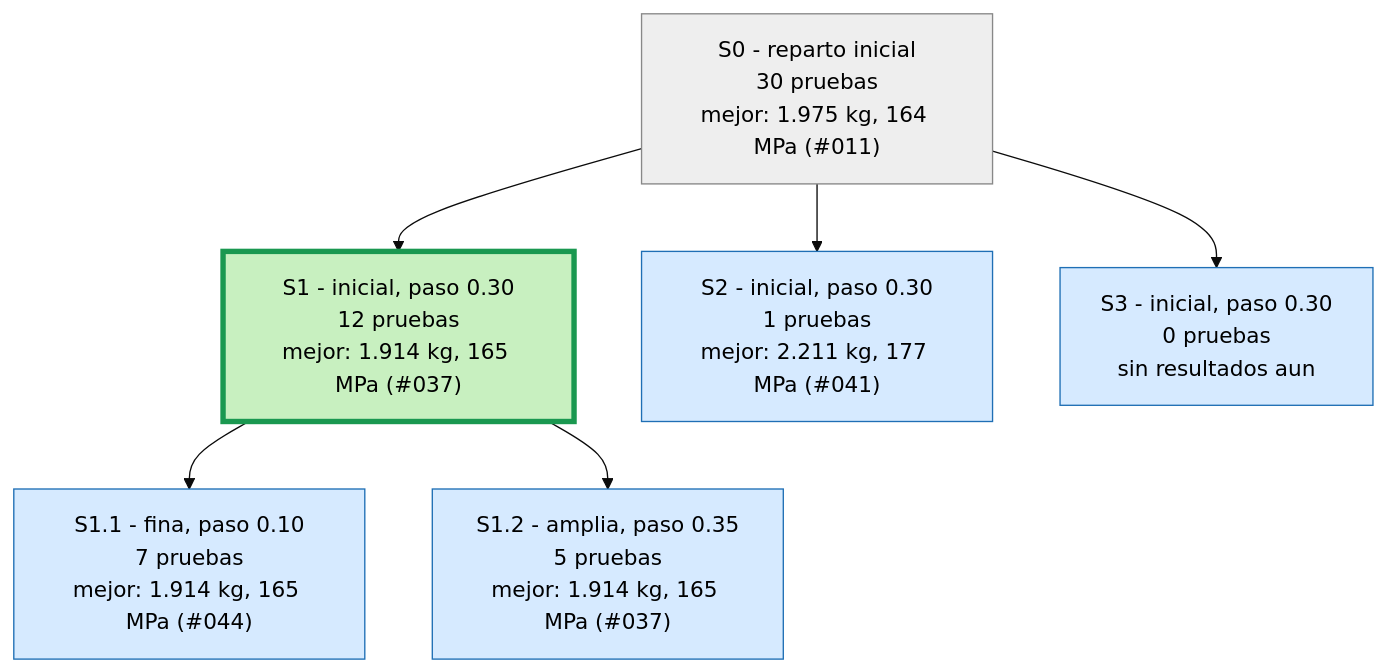
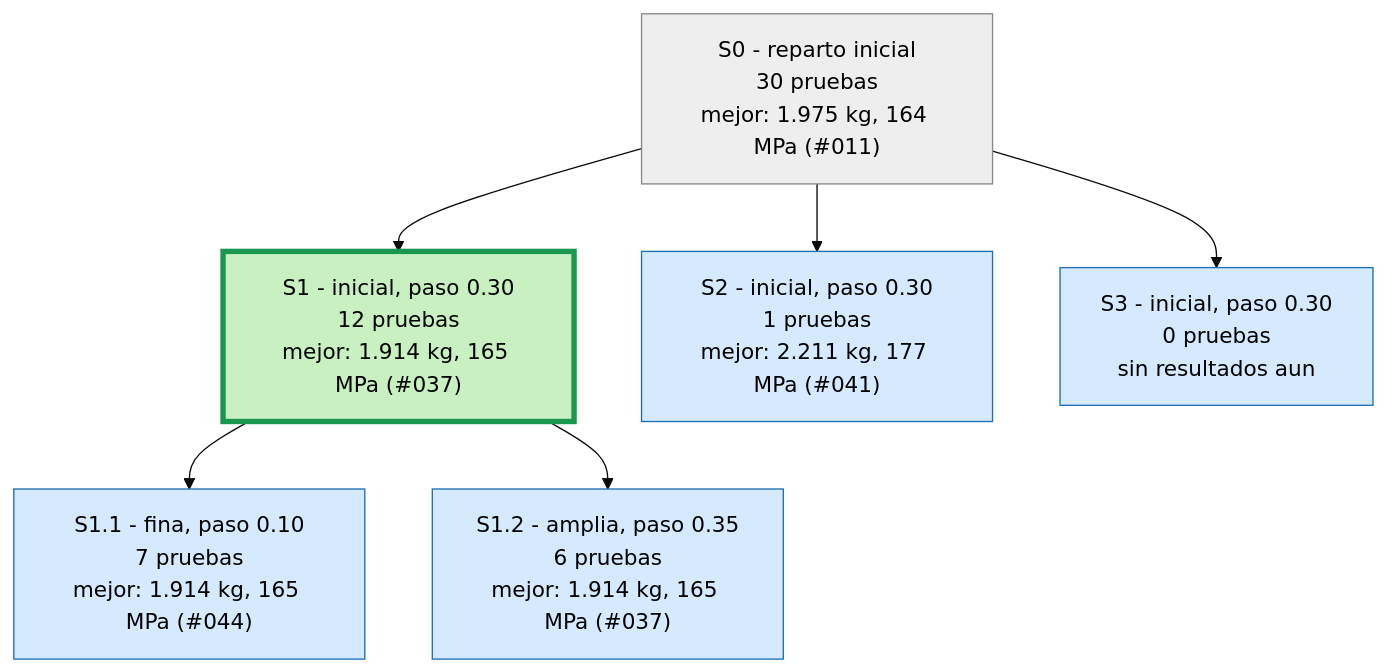
The first of 4 diagrams in runs/opt_37800N/ARBOL.md (Hugiko/msd-soporte-optimizacion), drawn with Mermaid (base theme) before and after one commit. The commit also changed 14 other files, not shown here.

````diff
--- a/runs/opt_37800N/ARBOL.md
+++ b/runs/opt_37800N/ARBOL.md
@@ -9,17 +9,17 @@
 ```mermaid
 graph TD
 classDef activa fill:#d6eaff,stroke:#1f6fb5,color:#000
 classDef fin fill:#eeeeee,stroke:#888,color:#000
 classDef mejor fill:#c8f0c0,stroke:#1a9850,stroke-width:4px,color:#000
 S0["S0 - reparto inicial<br/>30 pruebas<br/>mejor: 1.975 kg, 164 MPa (#011)"]:::fin
 S1["S1 - inicial, paso 0.30<br/>12 pruebas<br/>mejor: 1.914 kg, 165 MPa (#037)"]:::mejor
 S0 --> S1
 S2["S2 - inicial, paso 0.30<br/>1 pruebas<br/>mejor: 2.211 kg, 177 MPa (#041)"]:::activa
 S0 --> S2
 S3["S3 - inicial, paso 0.30<br/>0 pruebas<br/>sin resultados aun"]:::activa
 S0 --> S3
 S1_1["S1.1 - fina, paso 0.10<br/>7 pruebas<br/>mejor: 1.914 kg, 165 MPa (#044)"]:::activa
 S1 --> S1_1
-S1_2["S1.2 - amplia, paso 0.35<br/>5 pruebas<br/>mejor: 1.914 kg, 165 MPa (#037)"]:::activa
+S1_2["S1.2 - amplia, paso 0.35<br/>6 pruebas<br/>mejor: 1.914 kg, 165 MPa (#037)"]:::activa
 S1 --> S1_2
 ```
````
